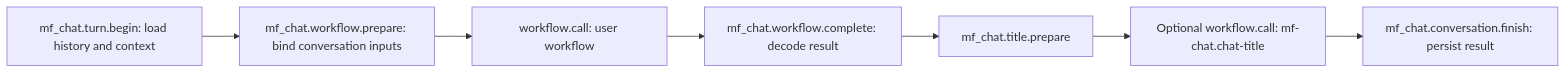
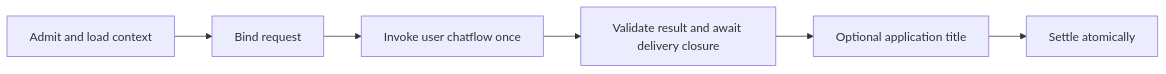
One commit to linw1995/miniflow changed the diagram in docs/chat.md. Above: the diagram before and after it, drawn with Mermaid. The commit also changed other lines of this file and 15 other files, not shown here.

Commit message:
feat(cli): demonstrate explicit chat context replacement

````diff
--- a/docs/chat.md
+++ b/docs/chat.md
@@ -58,9 +258,8 @@
 ```mermaid
 flowchart LR
-    Begin["mf_chat.turn.begin: load history and context"] --> PrepareCall["mf_chat.workflow.prepare: bind conversation inputs"]
-    PrepareCall --> Invoke["workflow.call: user workflow"]
-    Invoke --> CompleteCall["mf_chat.workflow.complete: decode result"]
-    CompleteCall --> Prepare["mf_chat.title.prepare"]
-    Prepare --> Title["Optional workflow.call: mf-chat.chat-title"]
-    Title --> Finish["mf_chat.conversation.finish: persist result"]
+    Admit["Admit and load context"] --> Bind["Bind request"]
+    Bind --> Invoke["Invoke user chatflow once"]
+    Invoke --> Validate["Validate result and await delivery closure"]
+    Validate --> Title["Optional application title"]
+    Title --> Settle["Settle atomically"]
 ```
````
